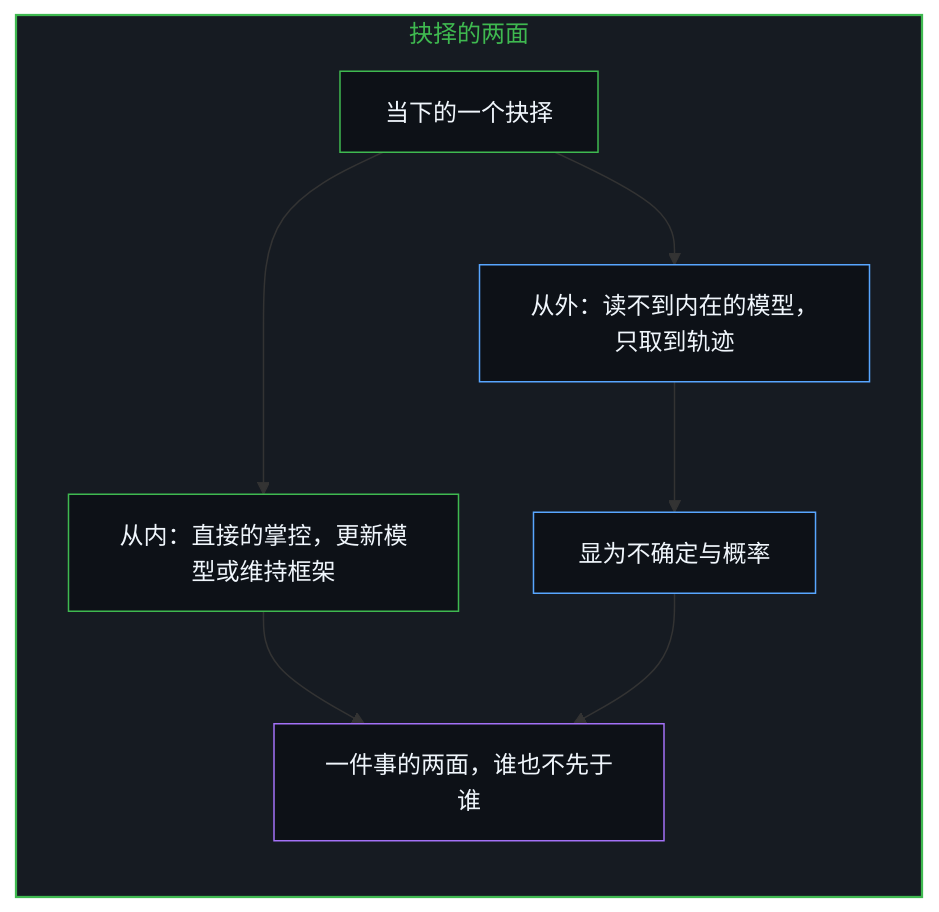
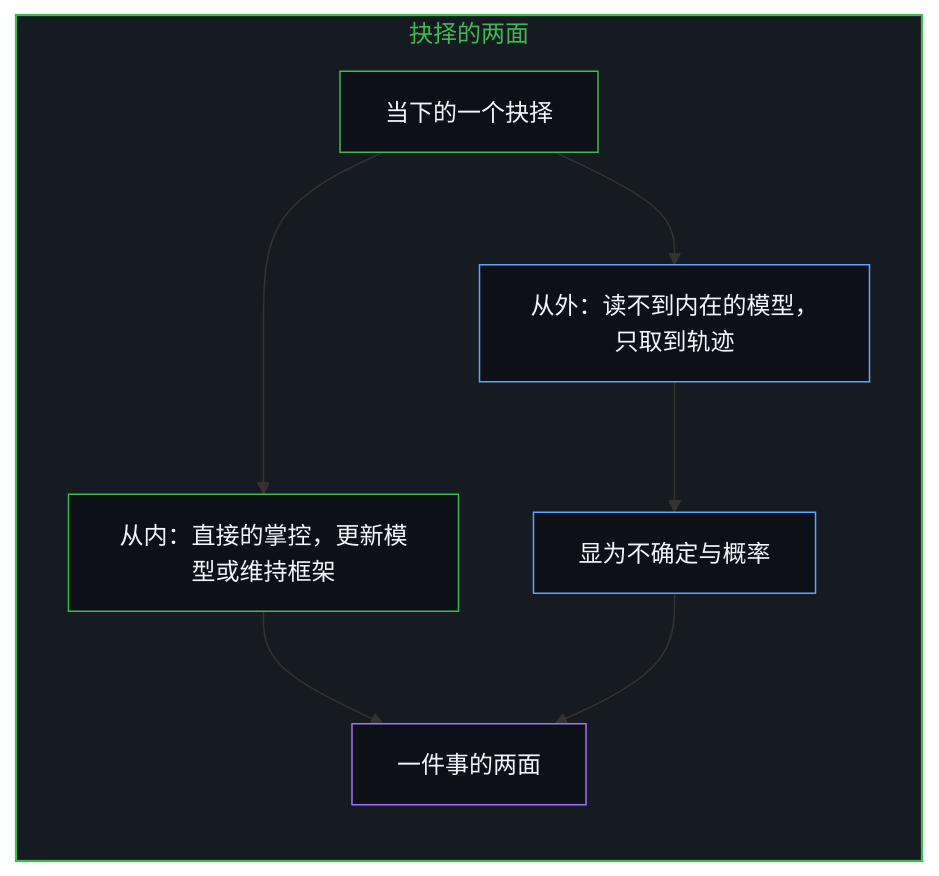
Before and after one commit to powerpig99/not-a-toe: the first of 12 diagrams in content/posts/the-two-sided-nature-of-sovereign-choice-and-the-objectification-of-observation.md, drawn with Mermaid. The commit also changed other lines of this file and 2 other files, not shown here.

````diff
--- a/content/posts/the-two-sided-nature-of-sovereign-choice-and-the-objectification-of-observation.md
+++ b/content/posts/the-two-sided-nature-of-sovereign-choice-and-the-objectification-of-observation.md
@@ -21,23 +21,23 @@
 ```mermaid
 flowchart TD
     subgraph S_Faces["抉择的两面"]
         direction TB
         Choice["当下的一个抉择"]
         Inner["从内：直接的掌控，更新模型或维持框架"]
         Outer["从外：读不到内在的模型，只取到轨迹"]
         Indet["显为不确定与概率"]
-        Same["一件事的两面，谁也不先于谁"]
+        Same["一件事的两面"]
         Choice --> Inner
         Choice --> Outer
         Outer --> Indet
         Inner --> Same
         Indet --> Same
     end
 
     style S_Faces fill:#161b22,stroke:#3fb950,stroke-width:1.5px,color:#3fb950
     style Choice fill:#0d1117,stroke:#3fb950,stroke-width:1px,color:#f0f6fc
     style Inner fill:#0d1117,stroke:#3fb950,stroke-width:1px,color:#f0f6fc
     style Outer fill:#0d1117,stroke:#58a6ff,stroke-width:1px,color:#f0f6fc
     style Indet fill:#0d1117,stroke:#58a6ff,stroke-width:1px,color:#f0f6fc
     style Same fill:#0d1117,stroke:#a371f7,stroke-width:1px,color:#f0f6fc
 ```
````
